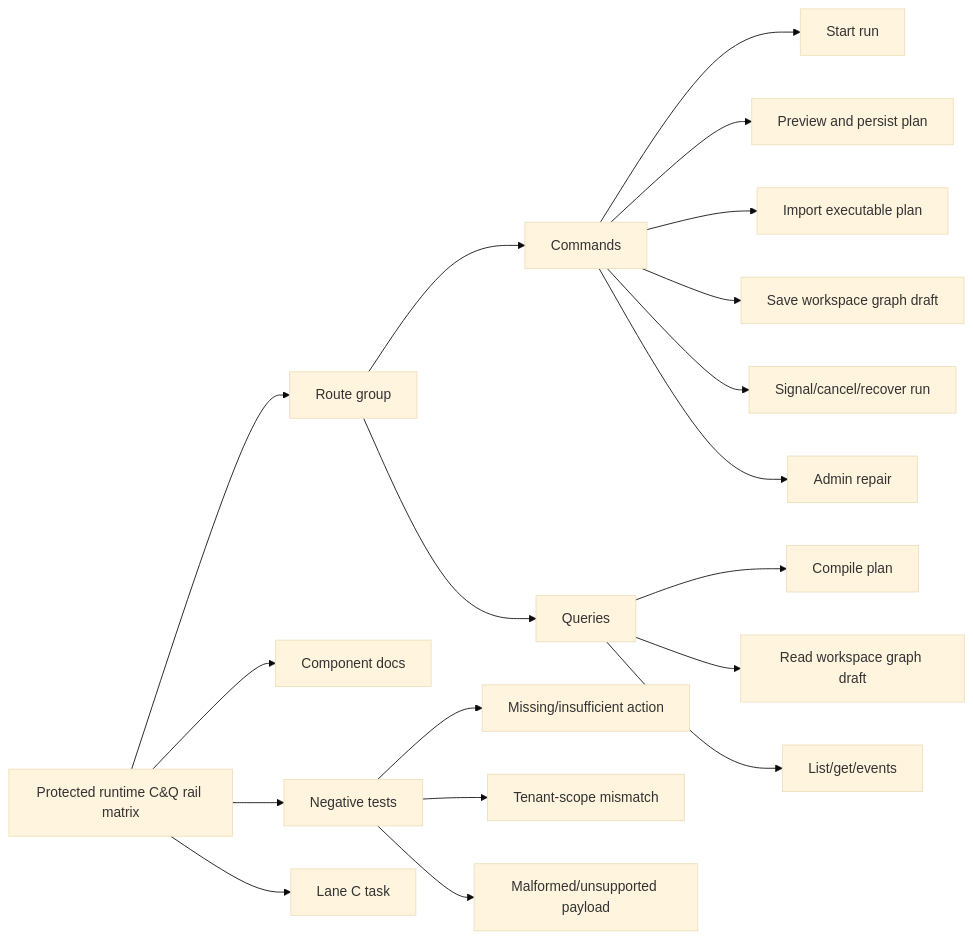
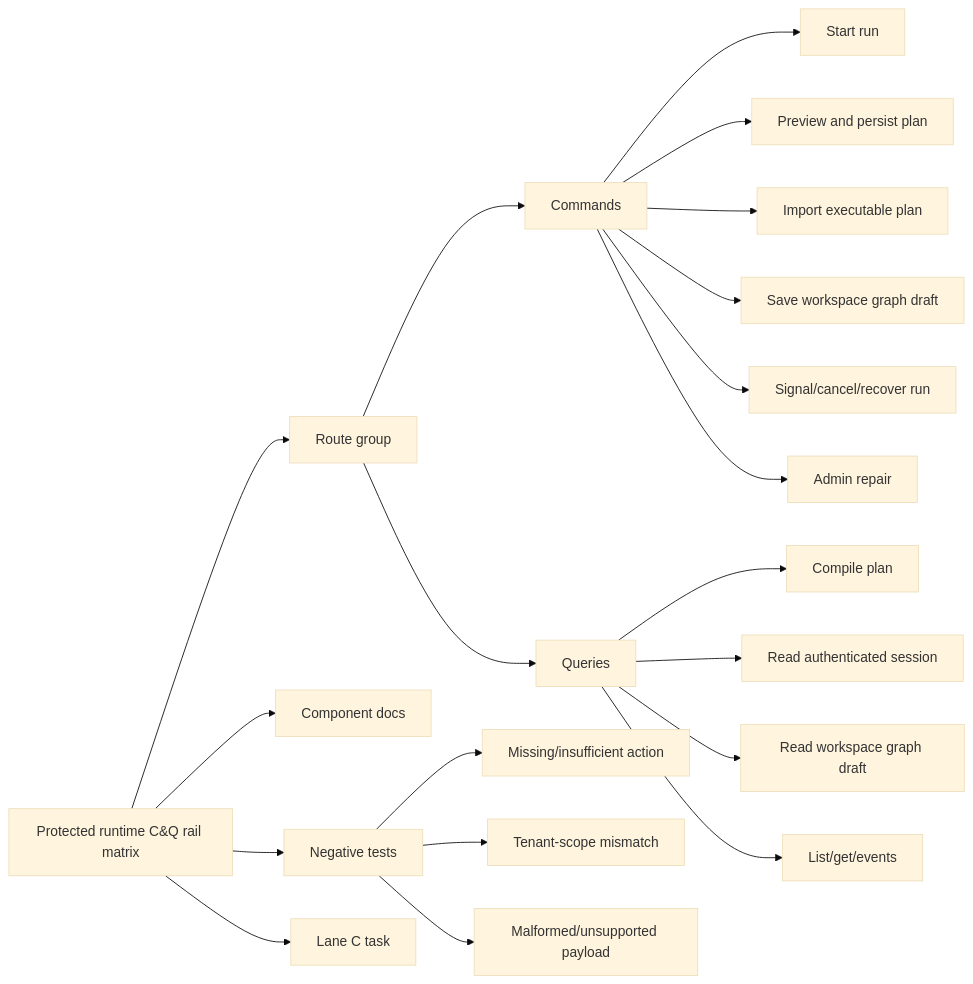
Before and after one commit to dunay2/dvt: the second of 2 diagrams in docs/planning/proposals/mandatory/runtime-and-contracts/protected-runtime-rail-closure-plan-20260503.md, drawn with Mermaid (base theme). The commit also changed other lines of this file and 23 other files, not shown here.

````diff
--- a/docs/planning/proposals/mandatory/runtime-and-contracts/protected-runtime-rail-closure-plan-20260503.md
+++ b/docs/planning/proposals/mandatory/runtime-and-contracts/protected-runtime-rail-closure-plan-20260503.md
@@ -126,25 +128,26 @@
 ```mermaid
 flowchart LR
   Matrix["Protected runtime C&Q rail matrix"] --> RouteGroup["Route group"]
   Matrix --> Docs["Component docs"]
   Matrix --> Tests["Negative tests"]
   Matrix --> Workboard["Lane C task"]
 
   RouteGroup --> Commands["Commands"]
   RouteGroup --> Queries["Queries"]
 
   Commands --> RunStart["Start run"]
   Commands --> PlanPreview["Preview and persist plan"]
   Commands --> PlanImport["Import executable plan"]
   Commands --> DraftSave["Save workspace graph draft"]
   Commands --> RunSignal["Signal/cancel/recover run"]
   Commands --> AdminRepair["Admin repair"]
 
   Queries --> PlanCompile["Compile plan"]
+  Queries --> SessionRead["Read authenticated session"]
   Queries --> DraftRead["Read workspace graph draft"]
   Queries --> RunRead["List/get/events"]
 
   Tests --> Auth["Missing/insufficient action"]
   Tests --> Tenant["Tenant-scope mismatch"]
   Tests --> Payload["Malformed/unsupported payload"]
 ```
````
